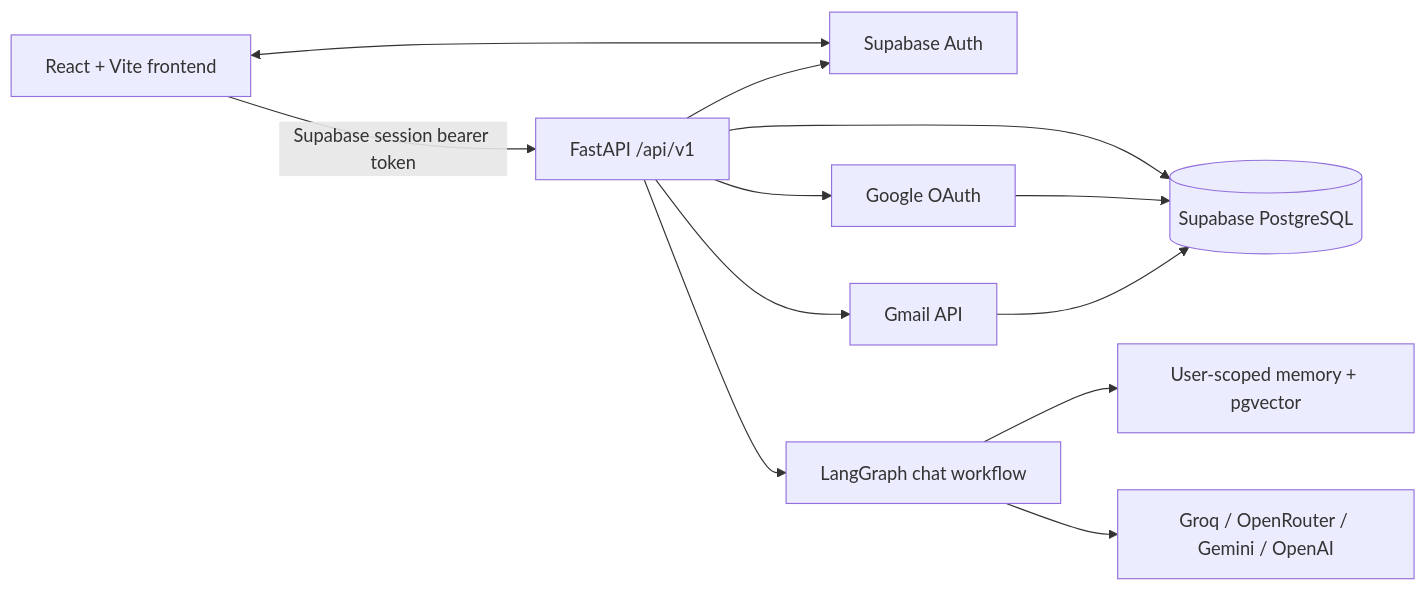
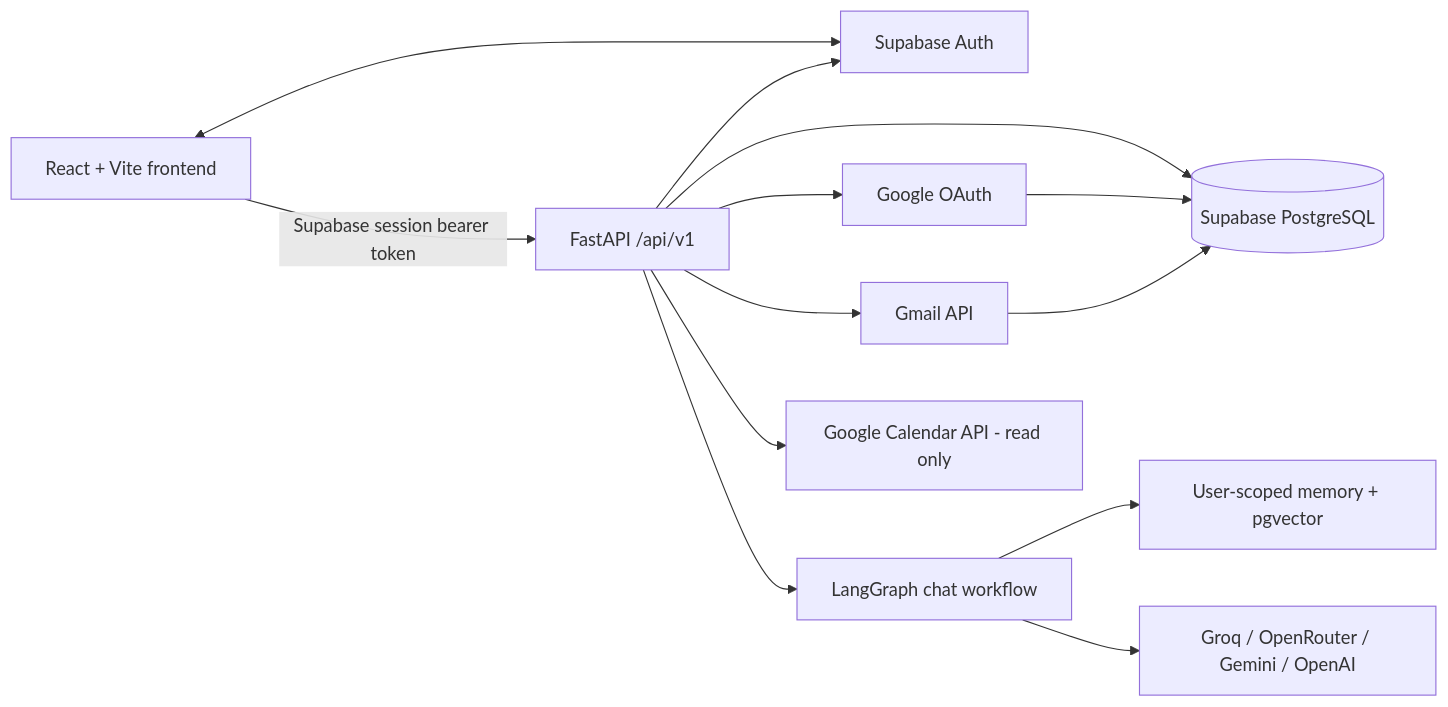
One commit to Subrata291291/Personal-AI-Assistant changed the diagram in README.md. Above: the diagram before and after it, drawn with Mermaid. The commit also changed other lines of this file and 36 other files, not shown here.

Commit message:
Add Calendar read tools and account selection

````diff
--- a/README.md
+++ b/README.md
@@ -49,14 +51,15 @@
 ```mermaid
 flowchart LR
   Browser[React + Vite frontend] -->|Supabase session bearer token| API[FastAPI /api/v1]
   Browser <--> Auth[Supabase Auth]
   API --> Auth
   API --> DB[(Supabase PostgreSQL)]
   API --> Graph[LangGraph chat workflow]
   Graph --> Memory[User-scoped memory + pgvector]
   Graph --> LLM[Groq / OpenRouter / Gemini / OpenAI]
   API --> GoogleOAuth[Google OAuth]
   API --> Gmail[Gmail API]
+  API --> Calendar[Google Calendar API - read only]
   GoogleOAuth --> DB
   Gmail --> DB
 ```
````
